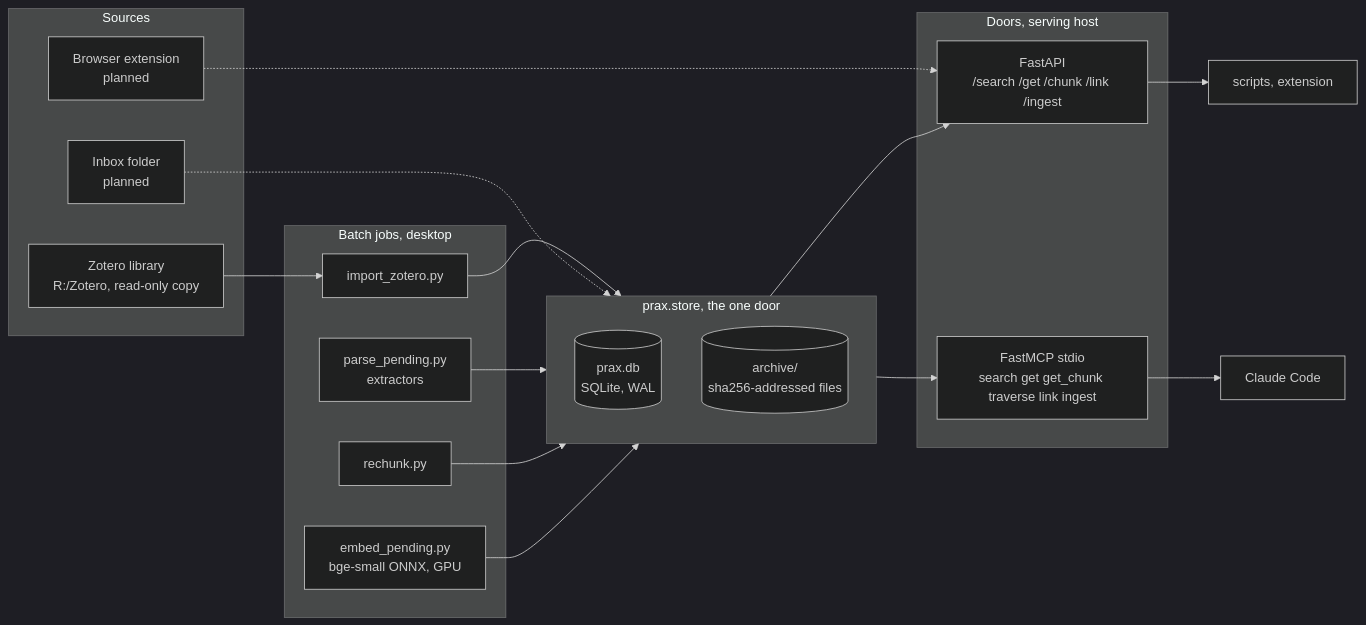
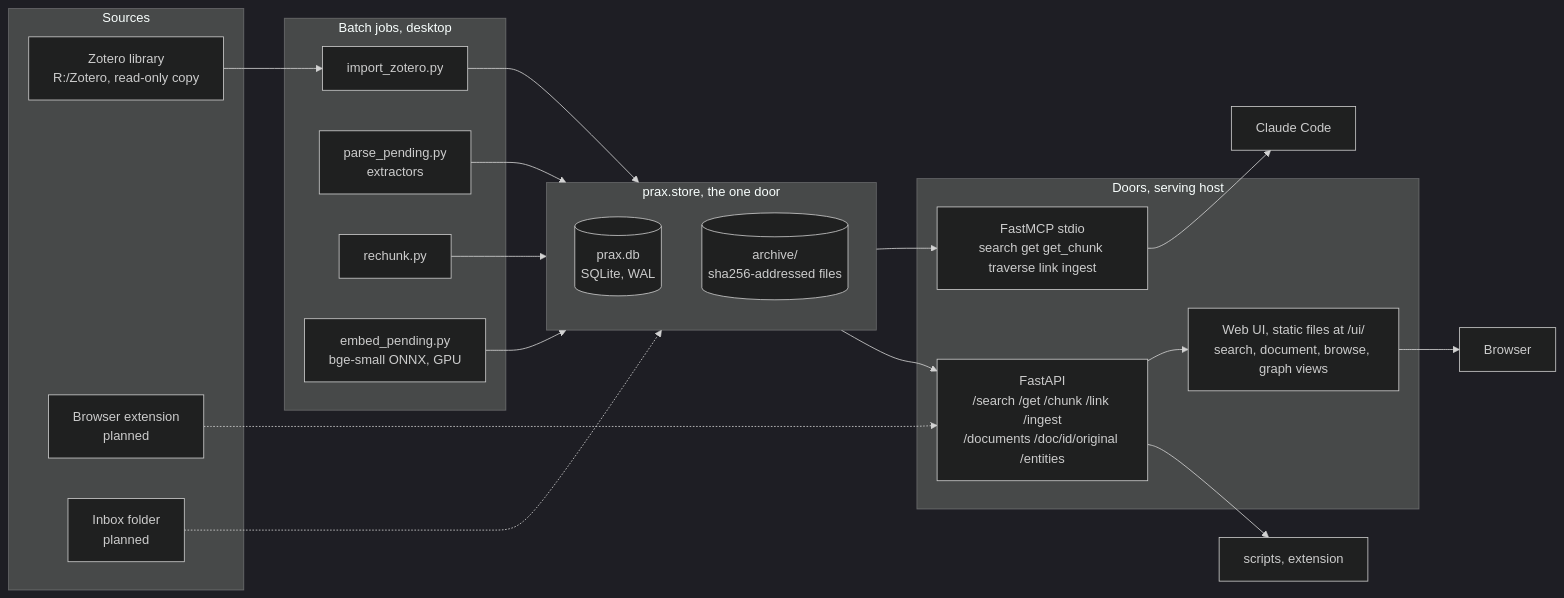
One commit to lodsb/prax changed the first of 3 diagrams in docs/architecture.md. Above: the diagram before and after it, drawn with Mermaid (dark theme). The commit also changed other lines of this file and 13 other files, not shown here.

First line of the commit message:
feat: web UI (search, document, browse) and browsing endpoints on the door

````diff
--- a/docs/architecture.md
+++ b/docs/architecture.md
@@ -20,32 +20,34 @@
 ```mermaid
 flowchart LR
   subgraph sources [Sources]
     Z[Zotero library<br/>R:/Zotero, read-only copy]
     B[Browser extension<br/>planned]
     I[Inbox folder<br/>planned]
   end
   subgraph batch [Batch jobs, desktop]
     IMP[import_zotero.py]
     PQ[parse_pending.py<br/>extractors]
     RC[rechunk.py]
     EMB[embed_pending.py<br/>bge-small ONNX, GPU]
   end
   subgraph store [prax.store, the one door]
     DB[(prax.db<br/>SQLite, WAL)]
     AR[(archive/<br/>sha256-addressed files)]
   end
   subgraph doors [Doors, serving host]
-    API[FastAPI<br/>/search /get /chunk /link /ingest]
+    API[FastAPI<br/>/search /get /chunk /link /ingest<br/>/documents /doc/id/original /entities]
     MCP[FastMCP stdio<br/>search get get_chunk traverse link ingest]
+    UI[Web UI, static files at /ui/<br/>search, document, browse, graph views]
   end
   Z --> IMP --> store
   B -.-> API
   I -.-> store
   PQ --> store
   RC --> store
   EMB --> store
   store --> API
   store --> MCP
   MCP --> C[Claude Code]
   API --> U[scripts, extension]
+  API --> UI --> Browser
 ```
````
